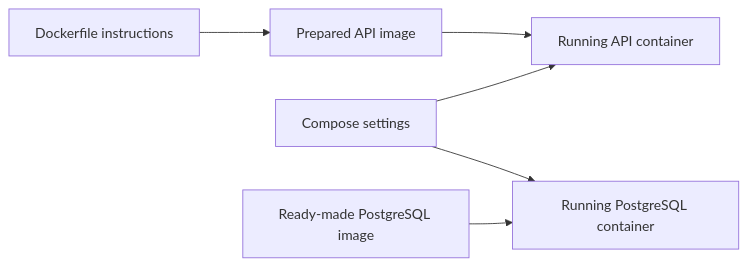
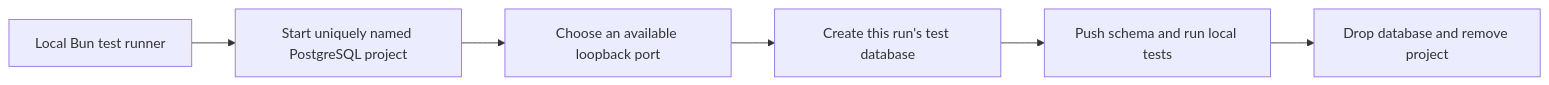
Before and after one commit to jaminwebdev/hono-drizzle-api: the second of 3 diagrams in docs/docker-guide.md, drawn with Mermaid. The commit also changed other lines of this file and 22 other files, not shown here.

````diff
--- a/docs/docker-guide.md
+++ b/docs/docker-guide.md
@@ -101,8 +171,8 @@
 ```mermaid
 flowchart LR
-    Dockerfile["Dockerfile instructions"] --> Image["Prepared API image"]
-    Image --> API["Running API container"]
-    Compose["Compose settings"] --> API
-    Compose --> DB["Running PostgreSQL container"]
-    PostgresImage["Ready-made PostgreSQL image"] --> DB
+    Runner["Local Bun test runner"] --> Docker["Start uniquely named PostgreSQL project"]
+    Docker --> Port["Choose an available loopback port"]
+    Port --> Database["Create this run's test database"]
+    Database --> Tests["Push schema and run local tests"]
+    Tests --> Cleanup["Drop database and remove project"]
 ```
````
